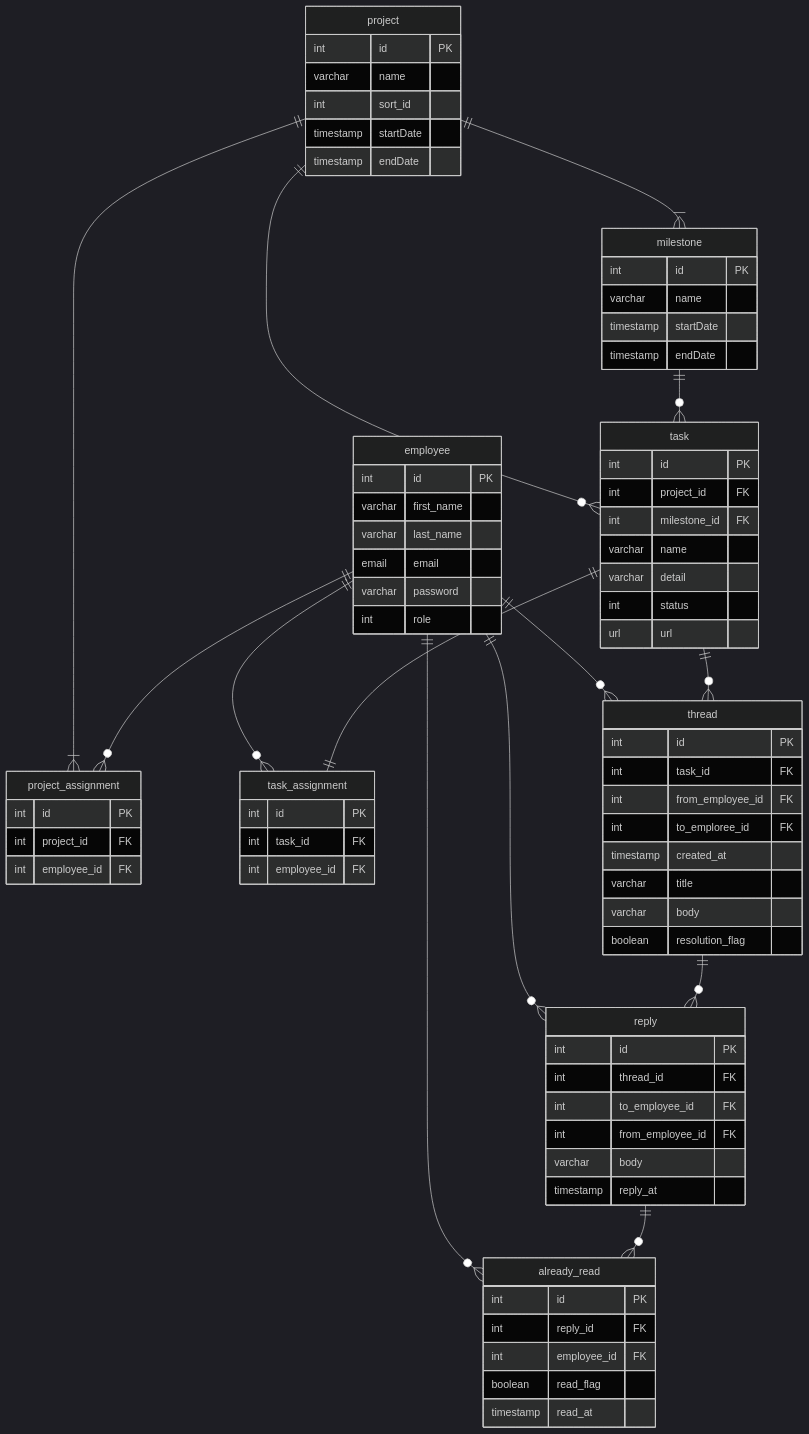
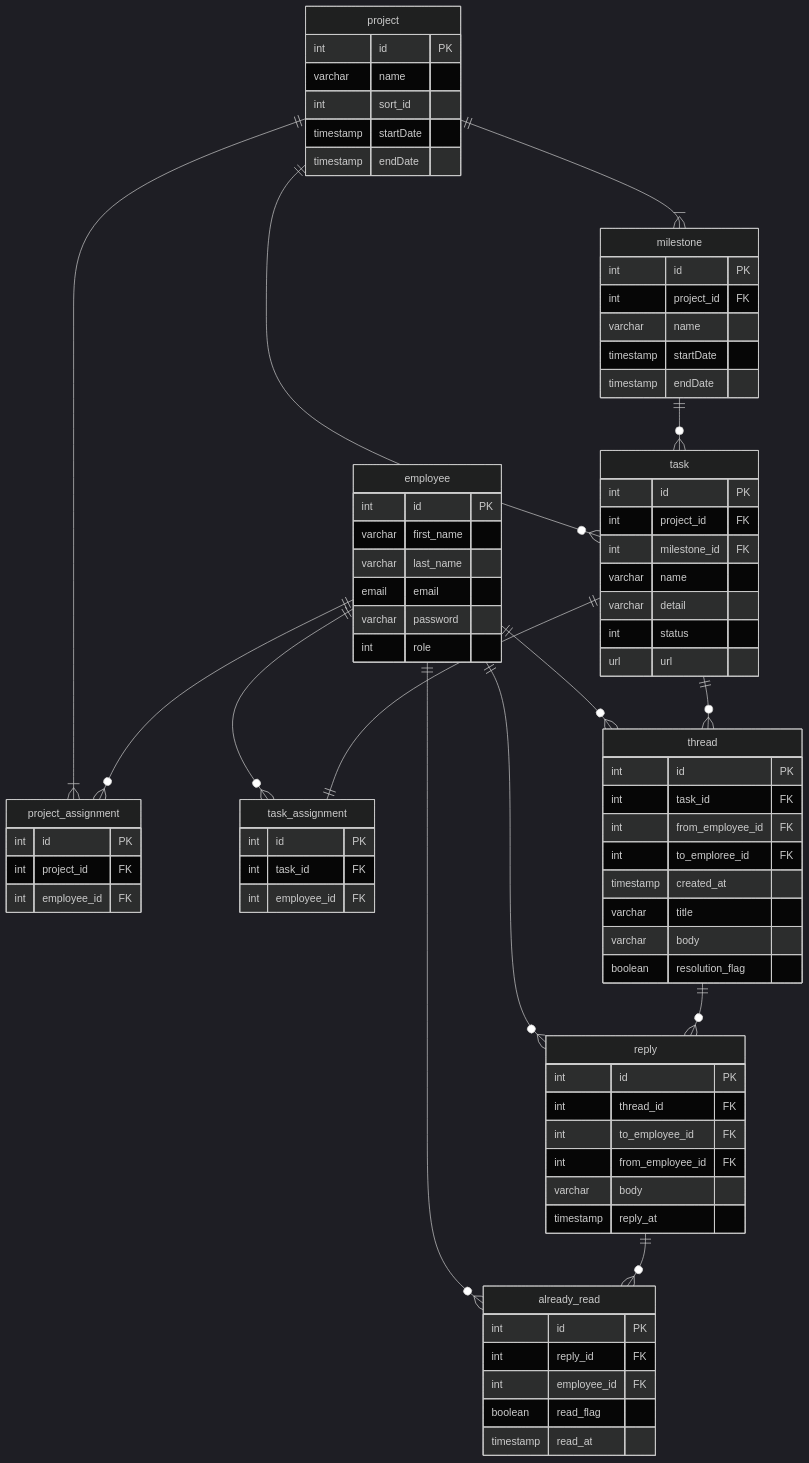
One commit to yukyoooo/go_next_ddd changed the first of 2 diagrams in README.md. Above: the diagram before and after it, drawn with Mermaid (dark theme).

```diff
--- a/README.md
+++ b/README.md
@@ -64,6 +64,7 @@
 
 milestone {
     int id PK
+    int project_id FK
     varchar name
     timestamp startDate
     timestamp endDate
```
